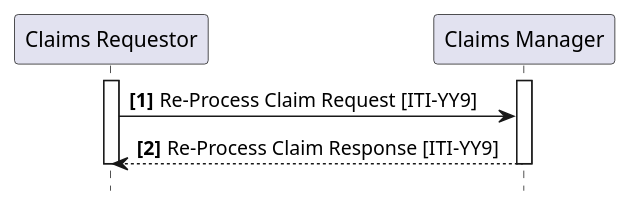
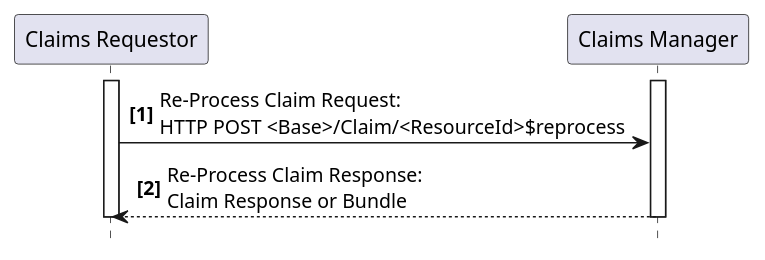
Before and after one commit to IHE/ITI.Finance: the diagram in input/images-source/ITI-YY9-seq.plantuml, drawn with PlantUML. The commit also changed 23 other files, not shown here.

```diff
--- a/input/images-source/ITI-YY9-seq.plantuml
+++ b/input/images-source/ITI-YY9-seq.plantuml
@@ -1,13 +1,13 @@
 @startuml
 skinparam svgDimensionStyle false
 hide footbox
 autonumber "<b>[0]"
 participant "Claims Requestor" as Req
 participant "Claims Manager" as Man
 activate Req
 activate Man
-Req -> Man : Re-Process Claim Request [ITI-YY9]
-Man --> Req : Re-Process Claim Response [ITI-YY9]
+Req -> Man : Re-Process Claim Request:\nHTTP POST <Base>/Claim/<ResourceId>$reprocess
+Man --> Req : Re-Process Claim Response:\nClaim Response or Bundle
 deactivate Man
 deactivate Req
 @enduml
```
